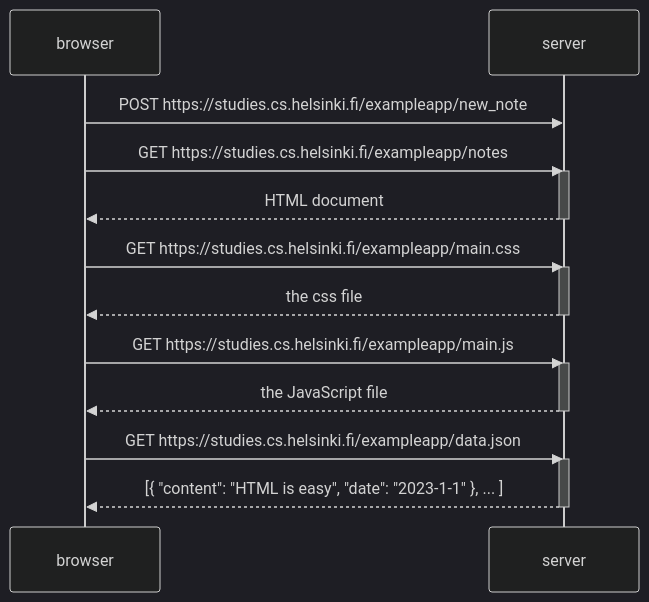
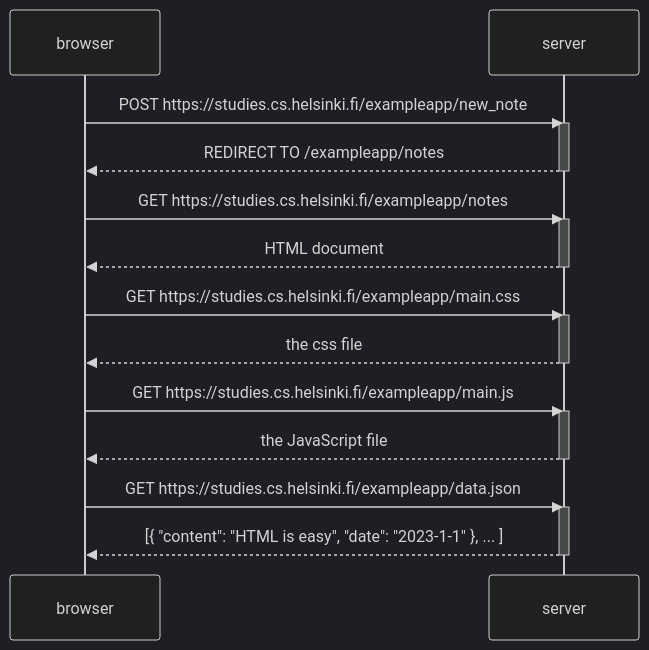
The diagram in 04file3.md (REV3NSS/FullStack), drawn with Mermaid (dark theme) before and after one commit.

````diff
--- a/04file3.md
+++ b/04file3.md
@@ -1,27 +1,30 @@
 ```mermaid
     sequenceDiagram
     participant browser
     participant server
 
     browser->>server: POST https://studies.cs.helsinki.fi/exampleapp/new_note
+    activate server
+    server-->>browser: REDIRECT TO /exampleapp/notes
+    deactivate server
 
     browser->>server: GET https://studies.cs.helsinki.fi/exampleapp/notes
     activate server
     server-->>browser: HTML document
     deactivate server
 
     browser->>server: GET https://studies.cs.helsinki.fi/exampleapp/main.css
     activate server
     server-->>browser: the css file
     deactivate server
 
     browser->>server: GET https://studies.cs.helsinki.fi/exampleapp/main.js
     activate server
     server-->>browser: the JavaScript file
     deactivate server
 
     browser->>server: GET https://studies.cs.helsinki.fi/exampleapp/data.json
     activate server
     server-->>browser: [{ "content": "HTML is easy", "date": "2023-1-1" }, ... ]
     deactivate server
 ```
````
